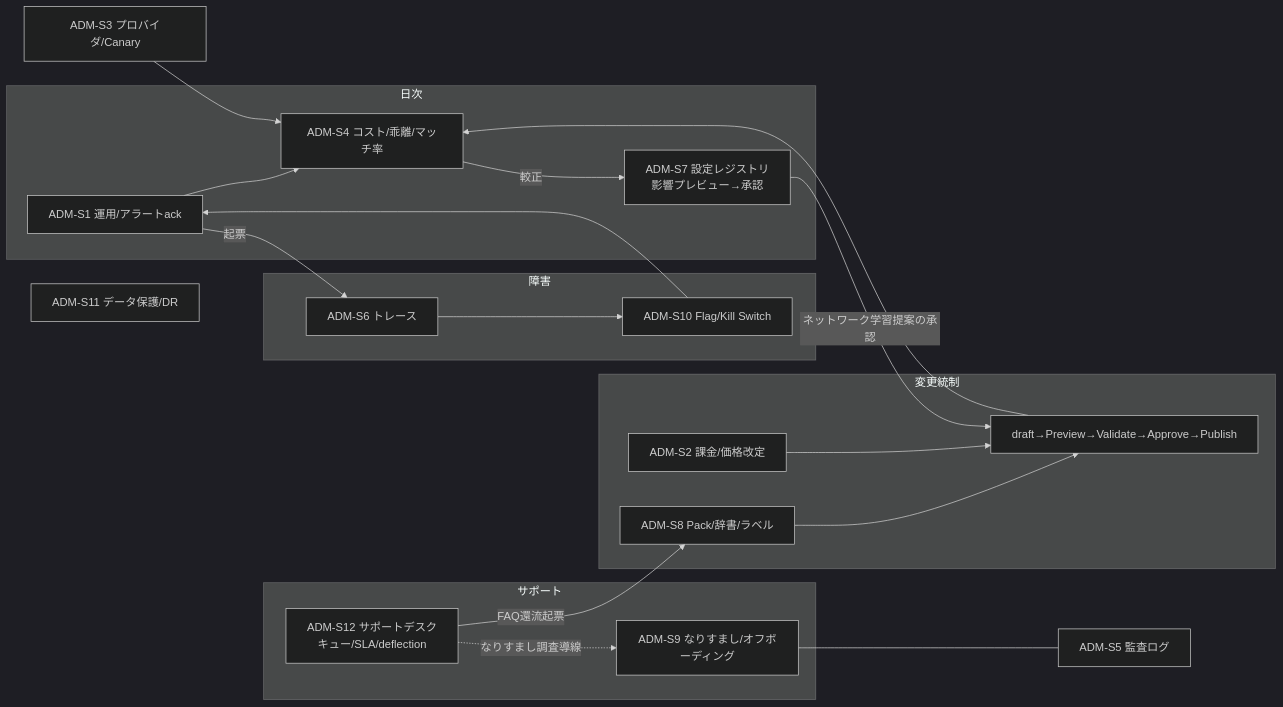
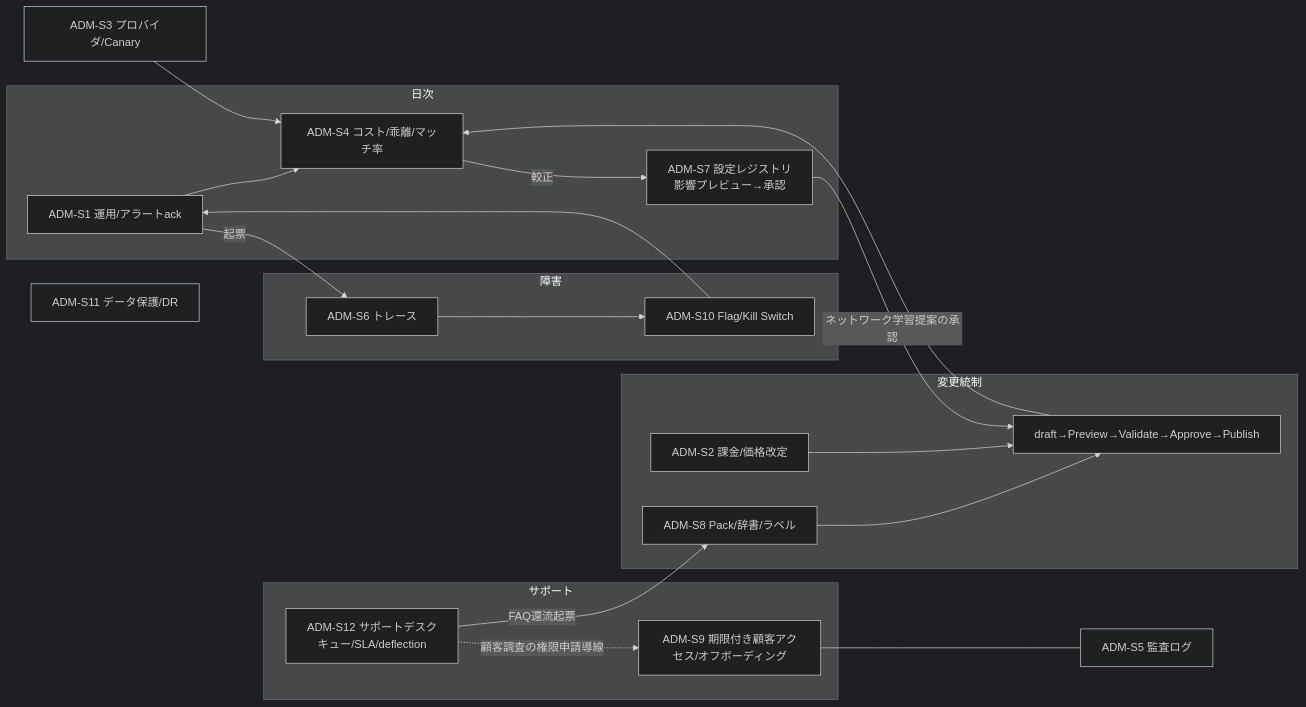
The sixth of 7 diagrams in docs/design/ai-office-de-seo/L3-ui-prototype/ai-office-de-seo-screen-flow_v3.7.md (unison-ai-product/AI-Office-de-SEO), drawn with Mermaid (dark theme) before and after one commit. The commit also changed other lines of this file and 4 other files, not shown here.

````diff
--- a/docs/design/ai-office-de-seo/L3-ui-prototype/ai-office-de-seo-screen-flow_v3.7.md
+++ b/docs/design/ai-office-de-seo/L3-ui-prototype/ai-office-de-seo-screen-flow_v3.7.md
@@ -102,21 +106,21 @@
 ```mermaid
 flowchart LR
   subgraph DAILY[日次]
     A1[ADM-S1 運用/アラートack] --> A4[ADM-S4 コスト/乖離/マッチ率] -->|較正| A7[ADM-S7 設定レジストリ<br/>影響プレビュー→承認]
   end
   subgraph CHANGE[変更統制]
     A8[ADM-S8 Pack/辞書/ラベル] --> V[draft→Preview→Validate→Approve→Publish] --> A4
     A2[ADM-S2 課金/価格改定] --> V
     A7 -->|ネットワーク学習提案の承認| V
   end
   subgraph INCIDENT[障害]
     A1 -->|起票| A6[ADM-S6 トレース] --> A10[ADM-S10 Flag/Kill Switch] --> A1
   end
-  A9[ADM-S9 なりすまし/オフボーディング] --- A5[ADM-S5 監査ログ]
+  A9[ADM-S9 期限付き顧客アクセス/オフボーディング] --- A5[ADM-S5 監査ログ]
   A3[ADM-S3 プロバイダ/Canary] --> A4
   A11[ADM-S11 データ保護/DR]
   subgraph SUPPORT[サポート]
     A12[ADM-S12 サポートデスク<br/>キュー/SLA/deflection] -->|FAQ還流起票| A8
-    A12 -.->|なりすまし調査導線| A9
+    A12 -.->|顧客調査の権限申請導線| A9
   end
 ```
````
